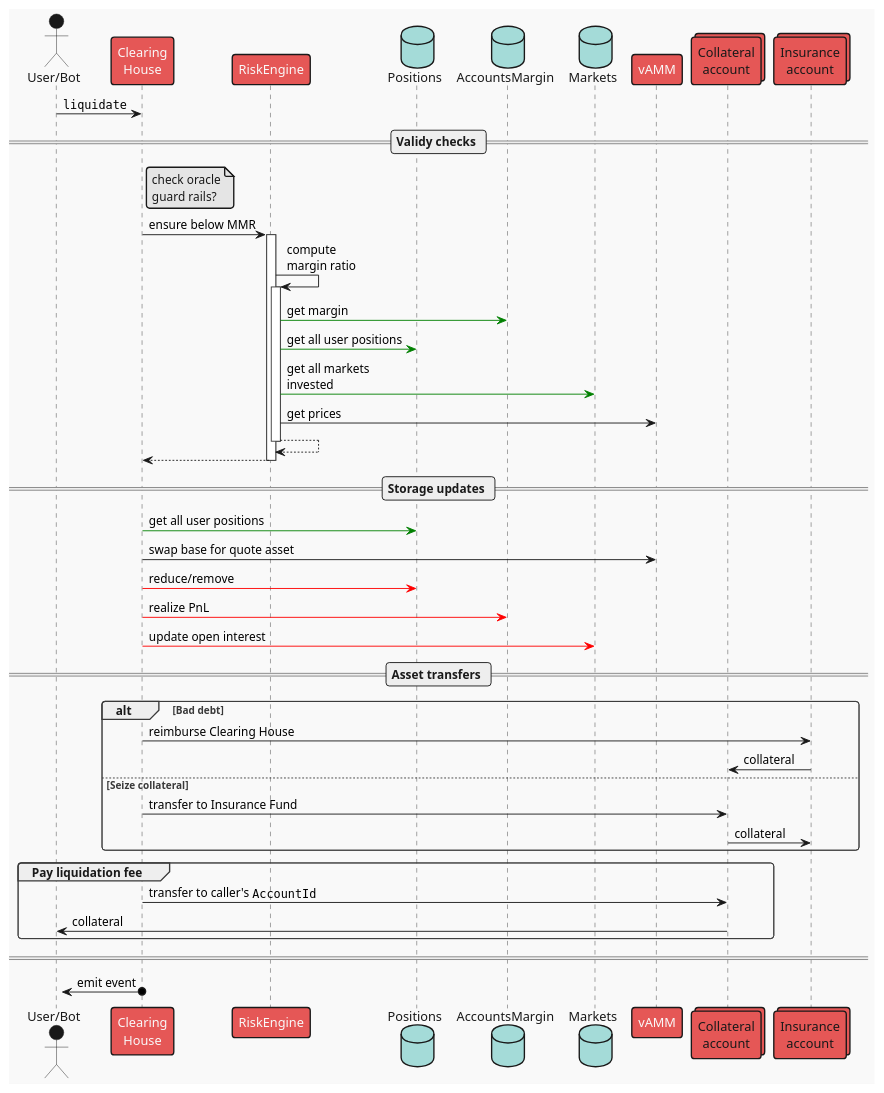
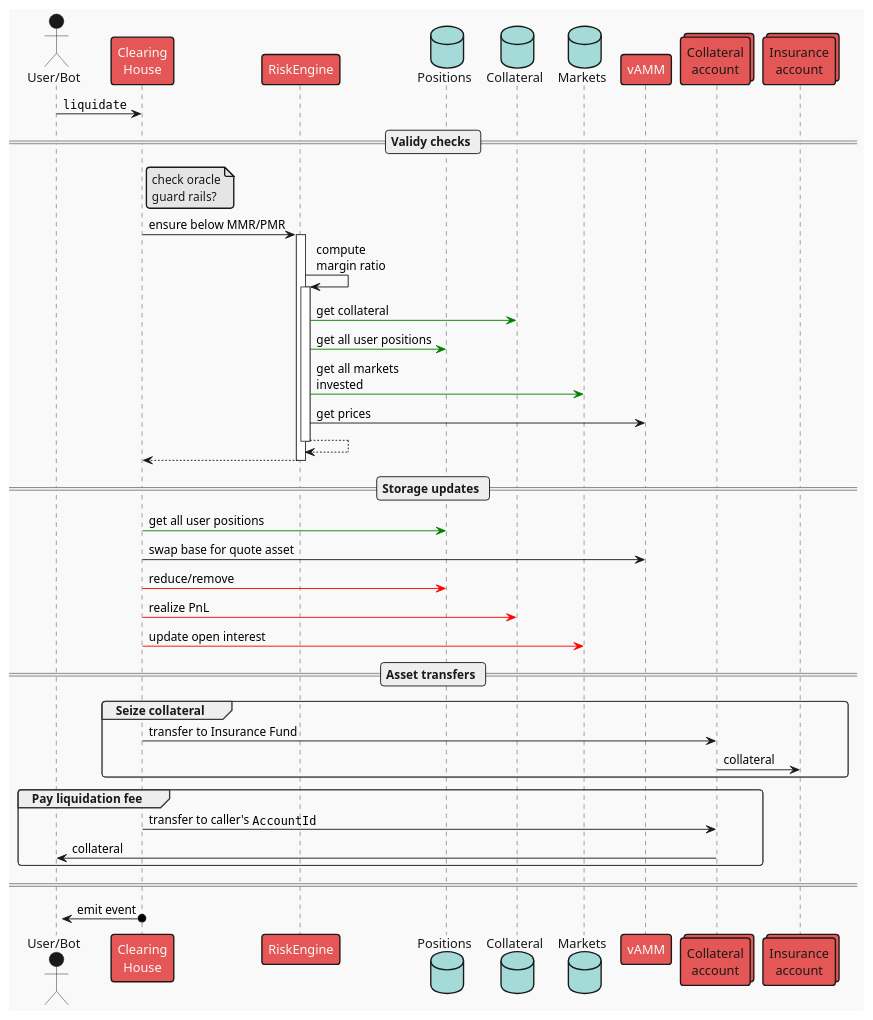
Before and after one commit to ComposableFi/composable: the diagram in frame/clearing-house/diagrams/liquidate.plantuml, drawn with PlantUML. The commit also changed 17 other files, not shown here.

```diff
--- a/frame/clearing-house/diagrams/liquidate.plantuml
+++ b/frame/clearing-house/diagrams/liquidate.plantuml
@@ -1,59 +1,59 @@
 @startuml liquidate
 !theme mars
 
 actor "User/Bot" as user
 participant "Clearing\nHouse" as ch
 participant "RiskEngine" as risk
 database "Positions" as positions
-database "AccountsMargin" as accs
+database "Collateral" as accs
 database "Markets" as mkts
 participant "vAMM" as vamm
 collections "Collateral\naccount" as vault
 collections "Insurance\naccount" as insurance
 
 user -> ch: ""liquidate""
 
 == Validy checks ==
 
 note right ch
 check oracle
 guard rails?
 end note
 
-ch -> risk ++: ensure below MMR
+ch -> risk ++: ensure below MMR/PMR
     risk -> risk ++: compute\nmargin ratio
-        risk -[#green]> accs : get margin
+        risk -[#green]> accs : get collateral
         risk -[#green]> positions : get all user positions
         risk -[#green]> mkts : get all markets\ninvested
         risk -> vamm : get prices
     return
 return
 
 == Storage updates ==
 
     ch -[#green]> positions : get all user positions
     ch -> vamm : swap base for quote asset
     ch -[#red]> positions : reduce/remove
     ch -[#red]> accs : realize PnL
     ch -[#red]> mkts : update open interest
 
 == Asset transfers ==
 
-alt Bad debt
-    ch -> insurance : reimburse Clearing House
-    insurance -> vault : collateral
-else Seize collateral
+'alt Bad debt
+'    ch -> insurance : reimburse Clearing House
+'    insurance -> vault : collateral
+group Seize collateral
     ch -> vault : transfer to Insurance Fund
     vault -> insurance : collateral
 end
 
 group Pay liquidation fee
     ch -> vault : transfer to caller's ""AccountId""
     vault -> user : collateral
 end
 
 
 ====
 
 ?<-o ch : emit event
 @enduml
```
